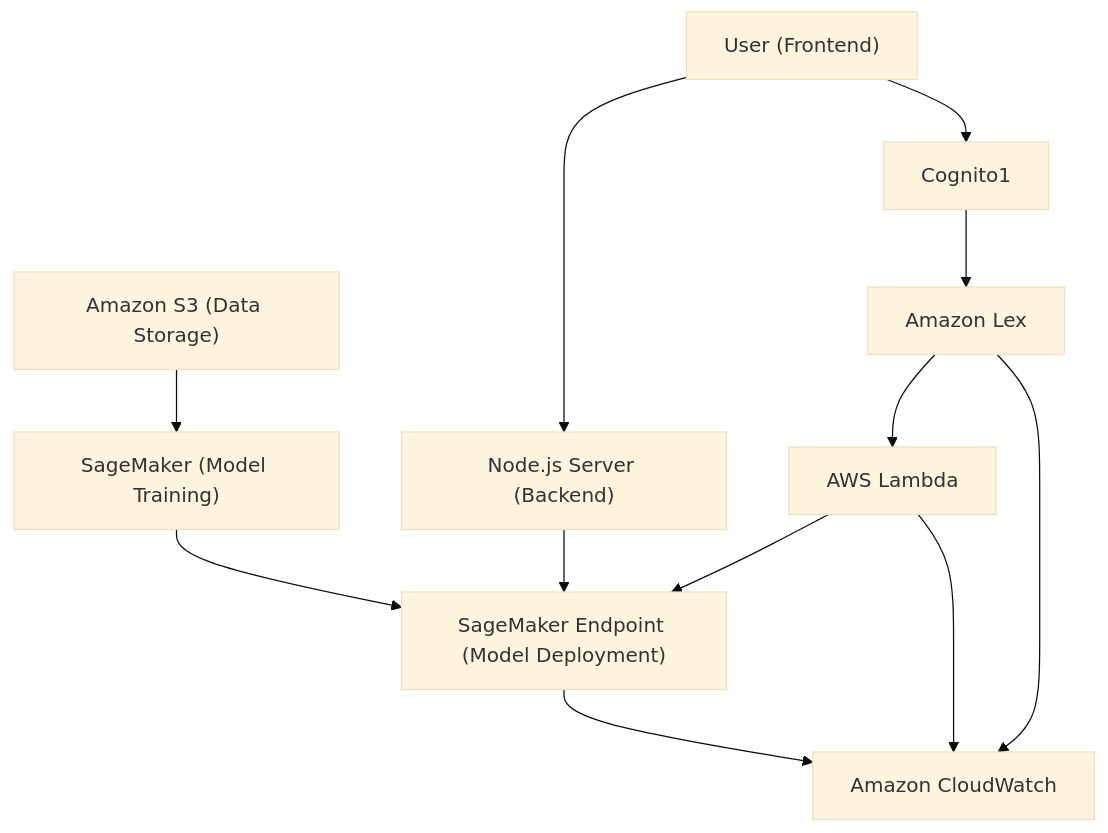
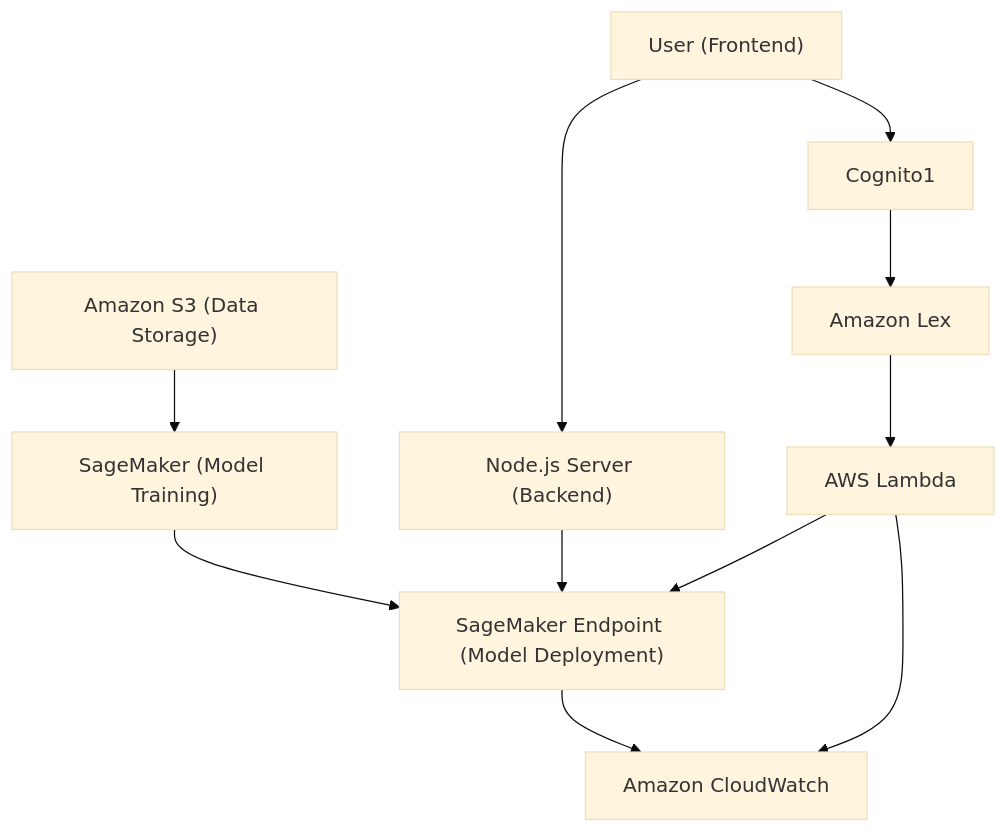
The diagram in README.md (mamokebe/AWS-Networking-Setup), drawn with Mermaid (base theme) before and after one commit.

Commit message:
new commit

````diff
--- a/README.md
+++ b/README.md
@@ -61,34 +61,33 @@
 ```mermaid
 graph TD
   %% Data Flow
   S3["Amazon S3 (Data Storage)"]
   SMTrain["SageMaker (Model Training)"]
   SMEndpoint["SageMaker Endpoint (Model Deployment)"]
   NodeJS["Node.js Server (Backend)"]
 
 
   %% Lex Flow
   User1["User (Frontend)"]
   Lex["Amazon Lex"]
   Lambda["AWS Lambda"]
 
   %% Monitoring 
   CloudWatch["Amazon CloudWatch"]
 
   %% Data Training Flow
   User1 --> NodeJS
   NodeJS --> SMEndpoint
   S3 --> SMTrain
   SMTrain --> SMEndpoint
 
   %% Lex Inference Flow
   User1 -->Cognito1--> Lex
   Lex --> Lambda
   Lambda --> SMEndpoint
 
   %% Monitoring
   Lambda --> CloudWatch
   SMEndpoint --> CloudWatch
-  Lex --> CloudWatch
 
   ```
````
